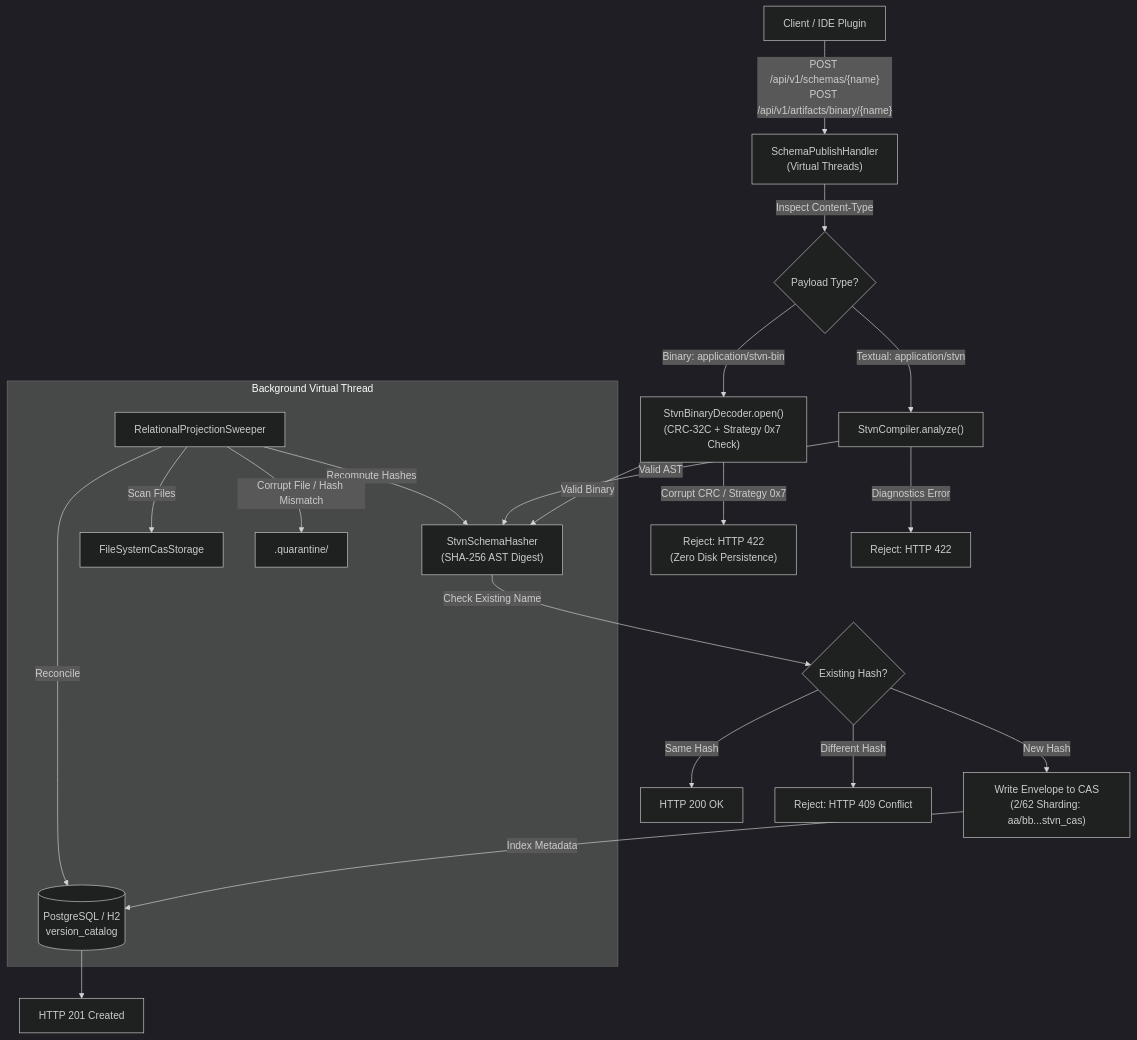
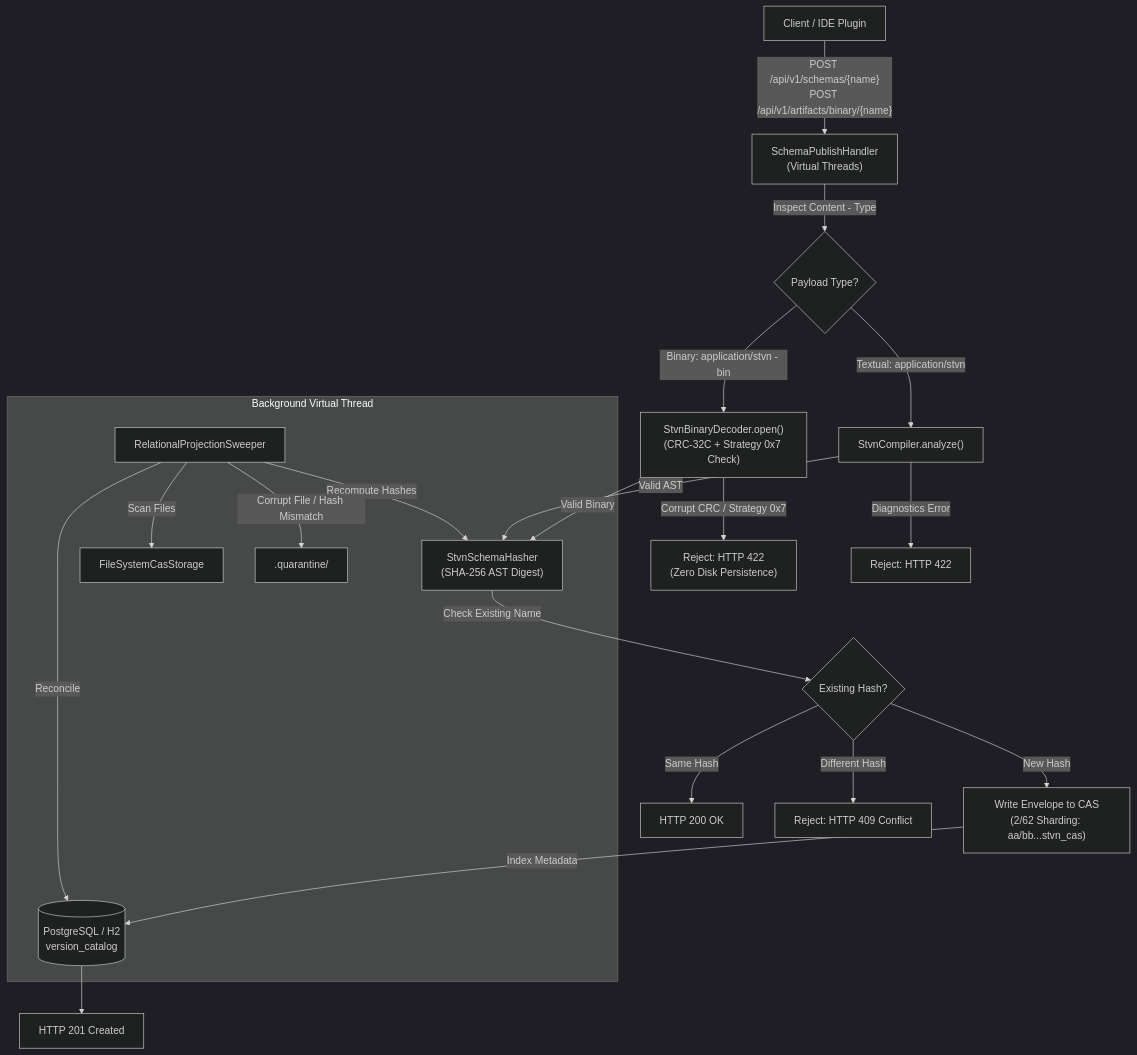
One commit to chaotic3quilibrium/stvnadore-repository changed the diagram in README.md. Above: the diagram before and after it, drawn with Mermaid (dark theme). The commit also changed other lines of this file and 4 other files, not shown here.

````diff
--- a/README.md
+++ b/README.md
@@ -75,24 +75,24 @@
 ```mermaid
 flowchart TD
-    Client["Client / IDE Plugin"] -->|"POST /api/v1/schemas/{name}\nPOST /api/v1/artifacts/binary/{name}"| Handler["SchemaPublishHandler\n(Virtual Threads)"]
-    Handler -->|Inspect Content-Type| Router{Payload Type?}
+    Client["Client / IDE Plugin"] -->|" POST /api/v1/schemas/{name}\nPOST /api/v1/artifacts/binary/{name} "| Handler["SchemaPublishHandler\n(Virtual Threads)"]
+    Handler -->|Inspect Content - Type| Router{Payload Type?}
     Router -->|Textual: application/stvn| Compiler["StvnCompiler.analyze()"]
-    Router -->|Binary: application/stvn-bin| Decoder["StvnBinaryDecoder.open()\n(CRC-32C + Strategy 0x7 Check)"]
+    Router -->|Binary: application/stvn - bin| Decoder["StvnBinaryDecoder.open()\n(CRC-32C + Strategy 0x7 Check)"]
     Decoder -->|Corrupt CRC / Strategy 0x7| Reject["Reject: HTTP 422\n(Zero Disk Persistence)"]
     Decoder -->|Valid Binary| Hasher["StvnSchemaHasher\n(SHA-256 AST Digest)"]
     Compiler -->|Diagnostics Error| RejectDiag["Reject: HTTP 422"]
     Compiler -->|Valid AST| Hasher
     Hasher -->|Check Existing Name| Check{Existing Hash?}
     Check -->|Same Hash| Idempotent["HTTP 200 OK"]
     Check -->|Different Hash| Conflict["Reject: HTTP 409 Conflict"]
     Check -->|New Hash| Persist["Write Envelope to CAS\n(2/62 Sharding: aa/bb...stvn_cas)"]
     Persist -->|Index Metadata| DB[(PostgreSQL / H2\nversion_catalog)]
     DB --> Complete["HTTP 201 Created"]
-    
+
     subgraph Background ["Background Virtual Thread"]
         Sweeper["RelationalProjectionSweeper"] -->|Scan Files| CAS["FileSystemCasStorage"]
         Sweeper -->|Recompute Hashes| Hasher
         Sweeper -->|Reconcile| DB
         Sweeper -->|Corrupt File / Hash Mismatch| Quarantine[".quarantine/"]
     end
 ```
````
